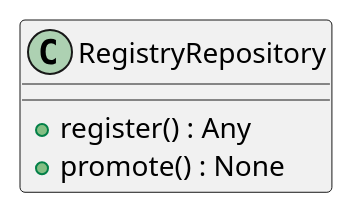
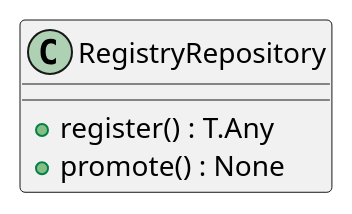
One commit to lgcorzo/llmops-python-package changed the first of 5 diagrams in openwiki/modules/src/autogen_team/registry/repositories.md. Above: the diagram before and after it, drawn with PlantUML. The commit also changed other lines of this file and 155 other files, not shown here.

````diff
--- a/openwiki/modules/src/autogen_team/registry/repositories.md
+++ b/openwiki/modules/src/autogen_team/registry/repositories.md
@@ -53,8 +62,8 @@
 ```plantuml
 @startuml
     class RegistryRepository {
-        +register() : Any
+        +register() : T.Any
         +promote() : None
     }
 @enduml
 ```
````
